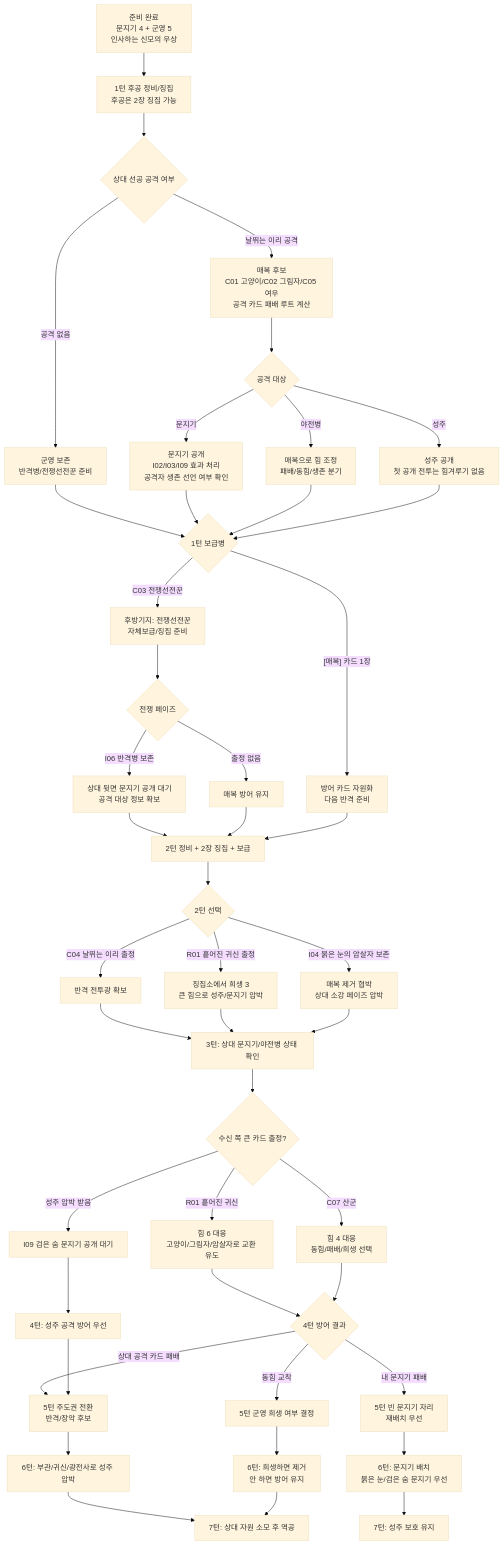
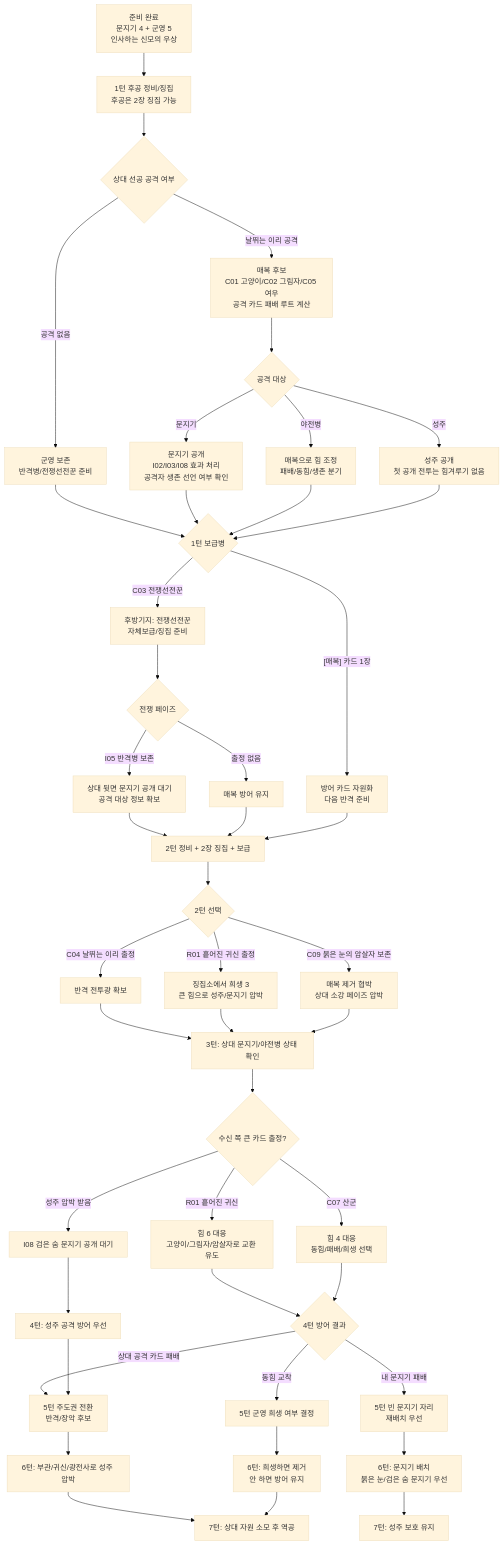
Before and after one commit to thgamoo/grns-card: the fourth of 5 diagrams in docs/first-gate-starter.md, drawn with Mermaid (base theme). The commit also changed other lines of this file and 17 other files, not shown here.

````diff
--- a/docs/first-gate-starter.md
+++ b/docs/first-gate-starter.md
@@ -341,50 +323,50 @@
 ```mermaid
 flowchart TD
   T0["준비 완료<br/>문지기 4 + 군영 5<br/>인사하는 신모의 우상"] --> T1A["1턴 후공 정비/징집<br/>후공은 2장 징집 가능"]
   T1A --> T1B{"상대 선공 공격 여부"}
   T1B -->|"날뛰는 이리 공격"| D1["매복 후보<br/>C01 고양이/C02 그림자/C05 여우<br/>공격 카드 패배 루트 계산"]
   T1B -->|"공격 없음"| D2["군영 보존<br/>반격병/전쟁선전꾼 준비"]
   D1 --> D3{"공격 대상"}
-  D3 -->|"문지기"| D4["문지기 공개<br/>I02/I03/I09 효과 처리<br/>공격자 생존 선언 여부 확인"]
+  D3 -->|"문지기"| D4["문지기 공개<br/>I02/I03/I08 효과 처리<br/>공격자 생존 선언 여부 확인"]
   D3 -->|"야전병"| D5["매복으로 힘 조정<br/>패배/동힘/생존 분기"]
   D3 -->|"성주"| D6["성주 공개<br/>첫 공개 전투는 힘겨루기 없음"]
   D2 --> T1C{"1턴 보급병"}
   D4 --> T1C
   D5 --> T1C
   D6 --> T1C
   T1C -->|"C03 전쟁선전꾼"| T1D["후방기지: 전쟁선전꾼<br/>자체보급/징집 준비"]
   T1C -->|"[매복] 카드 1장"| T1E["방어 카드 자원화<br/>다음 반격 준비"]
   T1D --> T1F{"전쟁 페이즈"}
-  T1F -->|"I06 반격병 보존"| T1G["상대 뒷면 문지기 공개 대기<br/>공격 대상 정보 확보"]
+  T1F -->|"I05 반격병 보존"| T1G["상대 뒷면 문지기 공개 대기<br/>공격 대상 정보 확보"]
   T1F -->|"출정 없음"| T1H["매복 방어 유지"]
 
   T1G --> T2A["2턴 정비 + 2장 징집 + 보급"]
   T1H --> T2A
   T1E --> T2A
   T2A --> T2B{"2턴 선택"}
   T2B -->|"C04 날뛰는 이리 출정"| T2C["반격 전투광 확보"]
   T2B -->|"R01 흩어진 귀신 출정"| T2D["징집소에서 희생 3<br/>큰 힘으로 성주/문지기 압박"]
-  T2B -->|"I04 붉은 눈의 암살자 보존"| T2E["매복 제거 협박<br/>상대 소강 페이즈 압박"]
+  T2B -->|"C09 붉은 눈의 암살자 보존"| T2E["매복 제거 협박<br/>상대 소강 페이즈 압박"]
 
   T2C --> T3A["3턴: 상대 문지기/야전병 상태 확인"]
   T2D --> T3A
   T2E --> T3A
   T3A --> T3B{"수신 쪽 큰 카드 출정?"}
   T3B -->|"R01 흩어진 귀신"| T3C["힘 6 대응<br/>고양이/그림자/암살자로 교환 유도"]
   T3B -->|"C07 산군"| T3D["힘 4 대응<br/>동힘/패배/희생 선택"]
-  T3B -->|"성주 압박 받음"| T3E["I09 검은 숨 문지기 공개 대기"]
+  T3B -->|"성주 압박 받음"| T3E["I08 검은 숨 문지기 공개 대기"]
 
   T3C --> T4A{"4턴 방어 결과"}
   T3D --> T4A
   T3E --> T4C["4턴: 성주 공격 방어 우선"]
   T4A -->|"상대 공격 카드 패배"| T5A["5턴 주도권 전환<br/>반격/장악 후보"]
   T4A -->|"내 문지기 패배"| T5B["5턴 빈 문지기 자리<br/>재배치 우선"]
   T4A -->|"동힘 교착"| T5C["5턴 군영 희생 여부 결정"]
   T4C --> T5A
   T5A --> T6A["6턴: 부관/귀신/광전사로 성주 압박"]
   T5B --> T6B["6턴: 문지기 배치<br/>붉은 눈/검은 숨 문지기 우선"]
   T5C --> T6C["6턴: 희생하면 제거<br/>안 하면 방어 유지"]
   T6A --> T7A["7턴: 상대 자원 소모 후 역공"]
   T6B --> T7B["7턴: 성주 보호 유지"]
   T6C --> T7A
 ```
````
